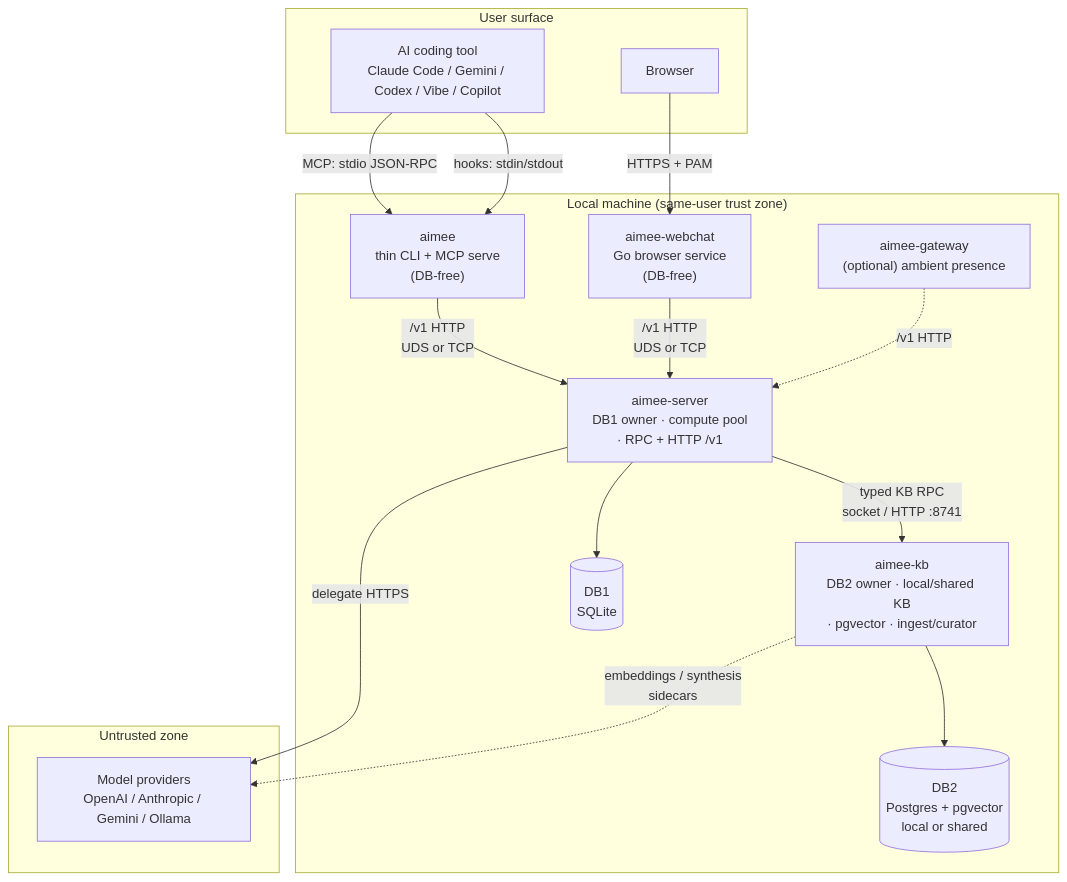
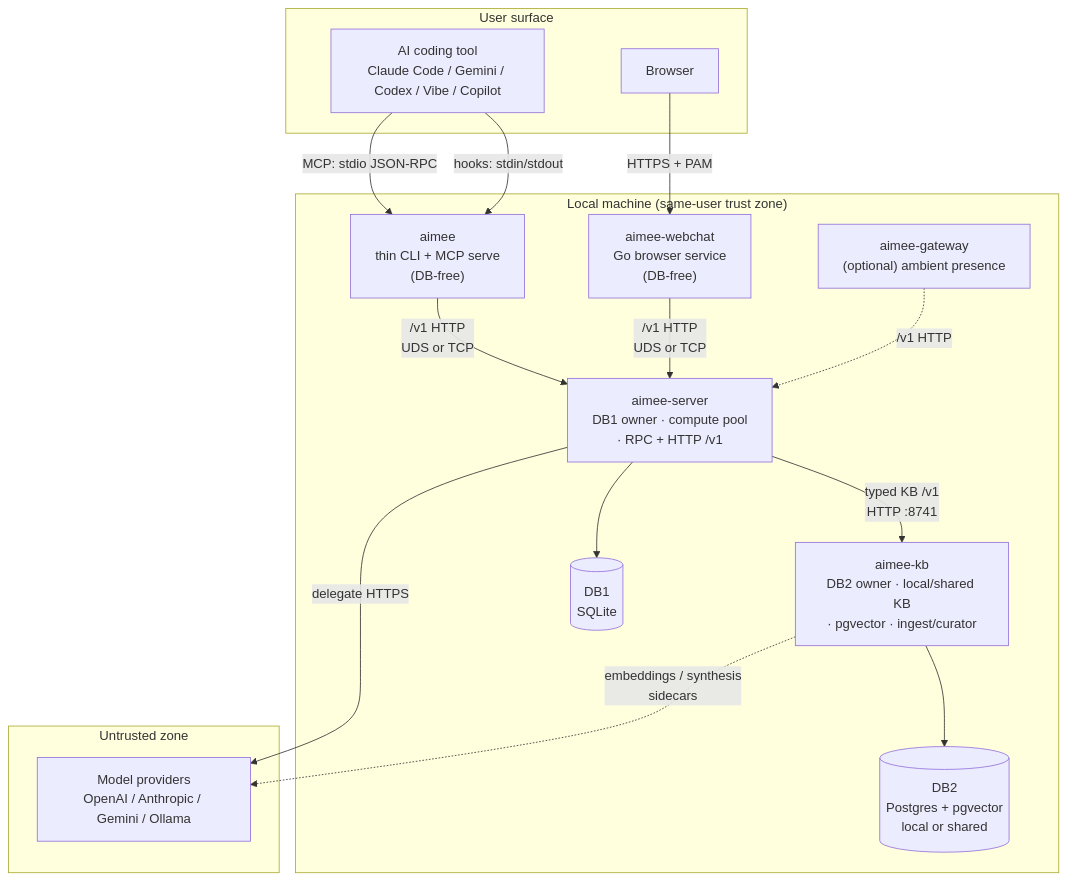
One commit to AsobaCloud/nehanda-cli changed the first of 6 diagrams in docs/ARCHITECTURE.md. Above: the diagram before and after it, drawn with Mermaid. The commit also changed other lines of this file and 6 other files, not shown here.

````diff
--- a/docs/ARCHITECTURE.md
+++ b/docs/ARCHITECTURE.md
@@ -41,33 +41,33 @@
 ```mermaid
 graph TB
     subgraph User["User surface"]
         Tool["AI coding tool<br/>Claude Code / Gemini / Codex / Vibe / Copilot"]
         Browser["Browser"]
     end
 
     subgraph Local["Local machine (same-user trust zone)"]
         CLI["aimee<br/>thin CLI + MCP serve<br/>(DB-free)"]
         WC["aimee-webchat<br/>Go browser service<br/>(DB-free)"]
         SRV["aimee-server<br/>DB1 owner · compute pool<br/>· RPC + HTTP /v1"]
         KB["aimee-kb<br/>DB2 owner · local/shared KB<br/>· pgvector · ingest/curator"]
         GW["aimee-gateway<br/>(optional) ambient presence"]
         DB1[("DB1<br/>SQLite")]
         DB2[("DB2<br/>Postgres + pgvector<br/>local or shared")]
     end
 
     subgraph External["Untrusted zone"]
         Providers["Model providers<br/>OpenAI / Anthropic / Gemini / Ollama"]
     end
 
     Tool -->|hooks: stdin/stdout| CLI
     Tool -->|MCP: stdio JSON-RPC| CLI
     Browser -->|HTTPS + PAM| WC
     CLI -->|/v1 HTTP<br/>UDS or TCP| SRV
     WC -->|/v1 HTTP<br/>UDS or TCP| SRV
     GW -.->|/v1 HTTP| SRV
-    SRV -->|typed KB RPC<br/>socket / HTTP :8741| KB
+    SRV -->|typed KB /v1<br/>HTTP :8741| KB
     SRV --> DB1
     KB --> DB2
     SRV -->|delegate HTTPS| Providers
     KB -.->|embeddings / synthesis<br/>sidecars| Providers
 ```
````
